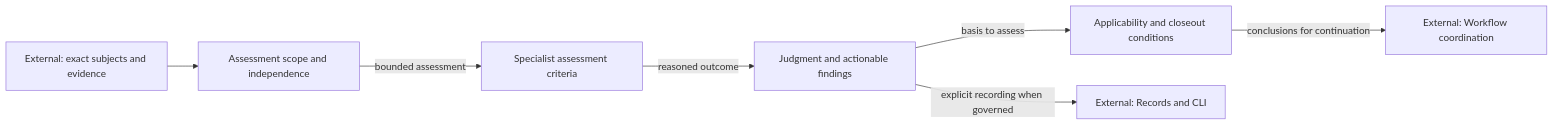
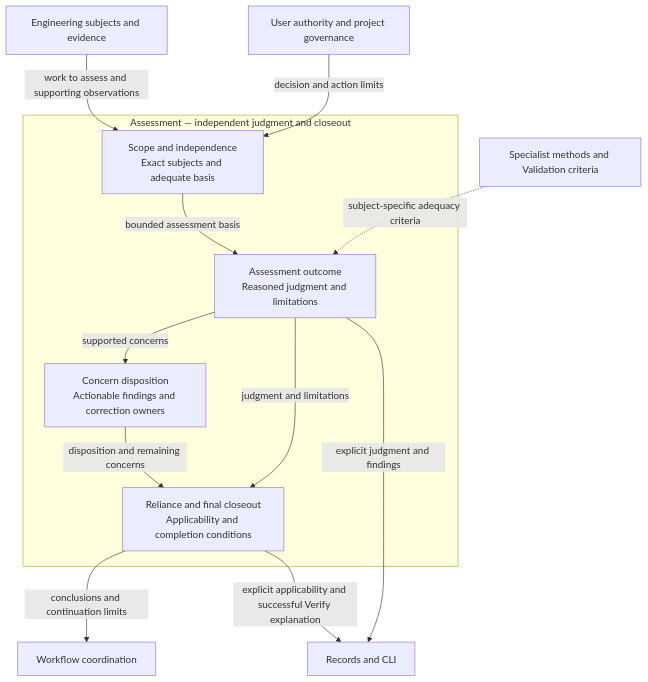
The diagram in docs/design/skill/assessment.md (xiongxianfei/rigorloop), drawn with Mermaid before and after one commit. The commit also changed other lines of this file and 11 other files, not shown here.

Commit message:
design: clarify ownership in every architecture overview

````diff
--- a/docs/design/skill/assessment.md
+++ b/docs/design/skill/assessment.md
@@ -31,16 +31,22 @@
 ```mermaid
-flowchart LR
-    Subjects["External: exact subjects and evidence"]
-    Scope["Assessment scope and independence"]
-    Methods["Specialist assessment criteria"]
-    Judgment["Judgment and actionable findings"]
-    Reliance["Applicability and closeout conditions"]
-    Workflow["External: Workflow coordination"]
-    Records["External: Records and CLI"]
-    Subjects --> Scope
-    Scope -->|"bounded assessment"| Methods
-    Methods -->|"reasoned outcome"| Judgment
-    Judgment -->|"basis to assess"| Reliance
-    Reliance -->|"conclusions for continuation"| Workflow
-    Judgment -->|"explicit recording when governed"| Records
+flowchart TB
+    Subjects["Engineering subjects and evidence"]
+    Methods["Specialist methods and Validation criteria"]
+    Authority["User authority and project governance"]
+    subgraph Assessment["Assessment — independent judgment and closeout"]
+        Scope["Scope and independence<br/>Exact subjects and adequate basis"]
+        Judgment["Assessment outcome<br/>Reasoned judgment and limitations"]
+        Findings["Concern disposition<br/>Actionable findings and correction owners"]
+        Reliance["Reliance and final closeout<br/>Applicability and completion conditions"]
+        Scope -->|"bounded assessment basis"| Judgment
+        Judgment -->|"supported concerns"| Findings
+        Judgment -->|"judgment and limitations"| Reliance
+        Findings -->|"disposition and remaining concerns"| Reliance
+    end
+    Subjects -->|"work to assess and supporting observations"| Scope
+    Authority -->|"decision and action limits"| Scope
+    Methods -.->|"subject-specific adequacy criteria"| Judgment
+    Reliance -->|"conclusions and continuation limits"| Workflow["Workflow coordination"]
+    Judgment -->|"explicit judgment and findings"| Records["Records and CLI"]
+    Reliance -->|"explicit applicability and successful Verify explanation"| Records
 ```
````
